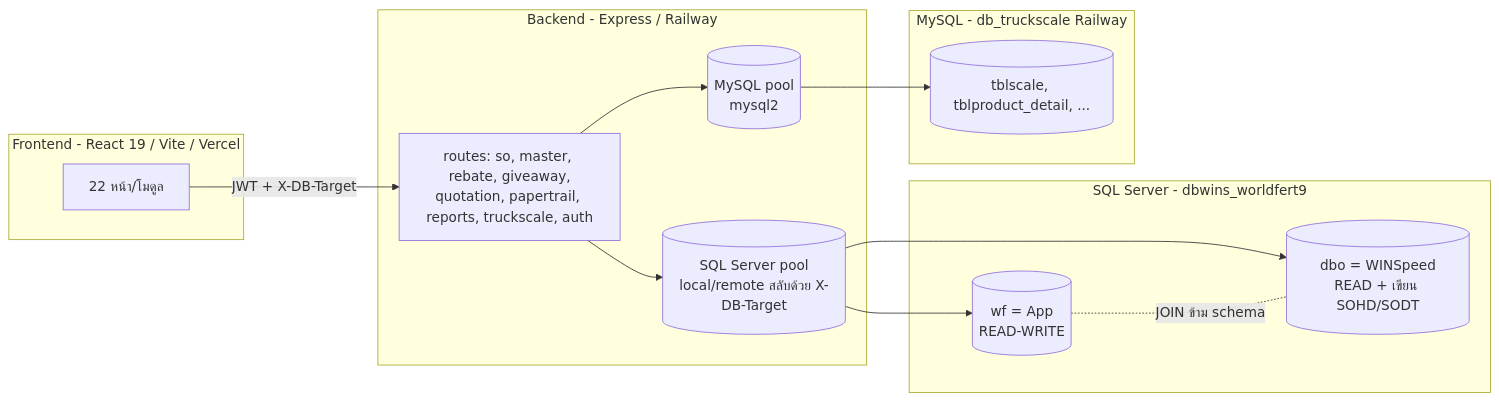
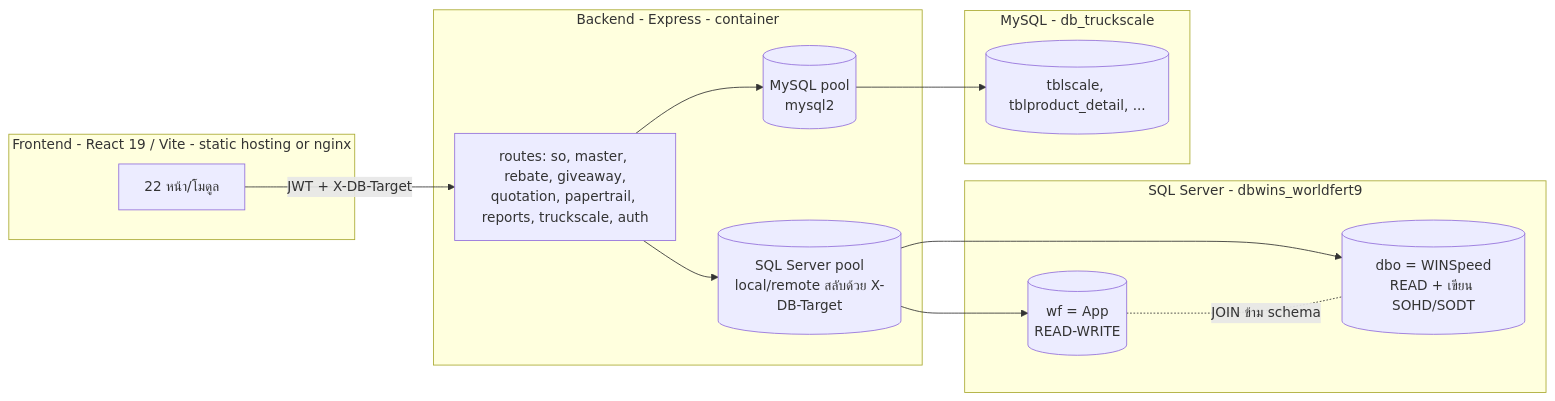
The first of 2 diagrams in docs/enterprise/04-DATA-INTEGRATION/DATABASE-OVERVIEW.md (thirayume/winspeed-connect), drawn with Mermaid before and after one commit. The commit also changed other lines of this file and 33 other files, not shown here.

````diff
--- a/docs/enterprise/04-DATA-INTEGRATION/DATABASE-OVERVIEW.md
+++ b/docs/enterprise/04-DATA-INTEGRATION/DATABASE-OVERVIEW.md
@@ -49,23 +62,23 @@
 ```mermaid
 flowchart LR
-  subgraph FE[Frontend - React 19 / Vite / Vercel]
+  subgraph FE[Frontend - React 19 / Vite - static hosting or nginx]
     UI[22 หน้า/โมดูล]
   end
-  subgraph API[Backend - Express / Railway]
+  subgraph API[Backend - Express - container]
     R1[routes: so, master, rebate, giveaway,\nquotation, papertrail, reports, truckscale, auth]
     P1[(SQL Server pool\nlocal/remote สลับด้วย X-DB-Target)]
     P2[(MySQL pool\nmysql2)]
   end
   subgraph SQL[SQL Server - dbwins_worldfert9]
     DBO[(dbo = WINSpeed\nREAD + เขียน SOHD/SODT)]
     WF[(wf = App\nREAD-WRITE)]
   end
-  subgraph MY[MySQL - db_truckscale Railway]
+  subgraph MY[MySQL - db_truckscale]
     TS[(tblscale, tblproduct_detail, ...)]
   end
   UI -->|JWT + X-DB-Target| R1
   R1 --> P1 --> WF
   P1 --> DBO
   WF -. JOIN ข้าม schema .- DBO
   R1 --> P2 --> TS
 ```
````
